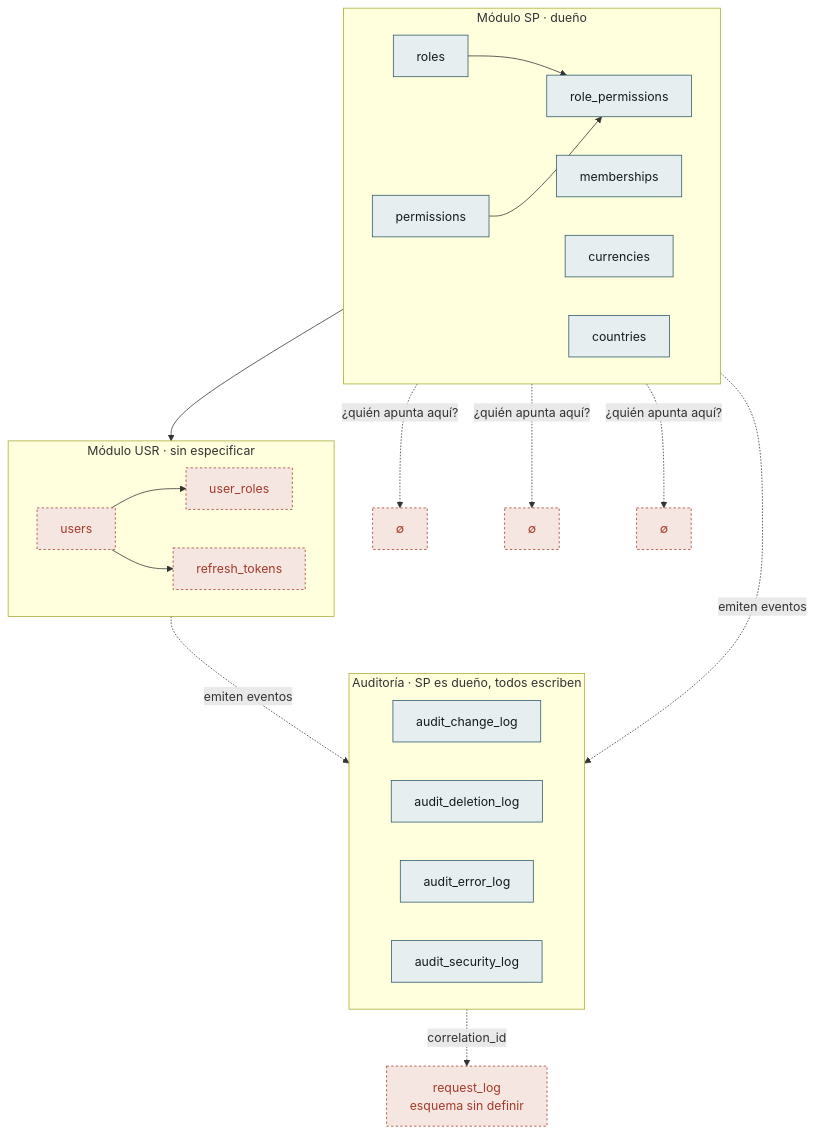
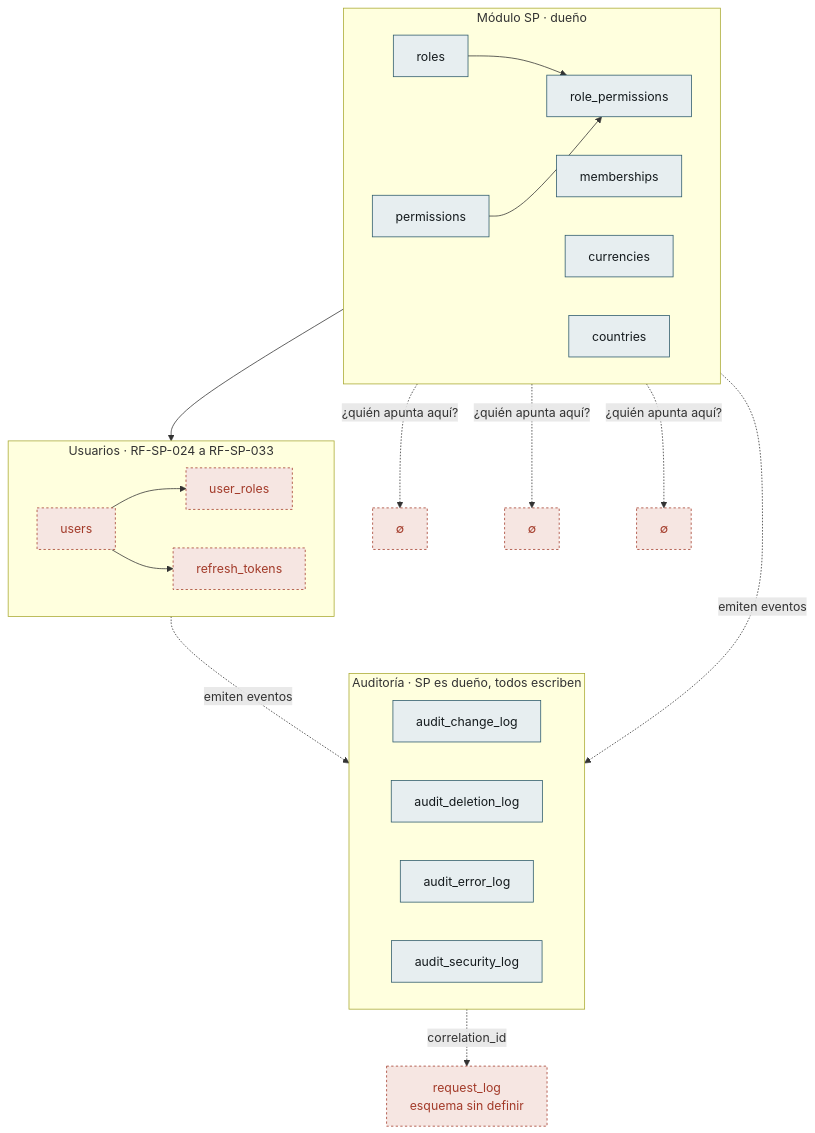
One commit to NexusPro-Dev/backend changed the fourth of 4 diagrams in docs/modelo-datos.md. Above: the diagram before and after it, drawn with Mermaid. The commit also changed other lines of this file and 77 other files, not shown here.

````diff
--- a/docs/modelo-datos.md
+++ b/docs/modelo-datos.md
@@ -240,47 +249,47 @@
 ```mermaid
 flowchart TB
     subgraph SP["Módulo SP · dueño"]
         direction LR
         A1["roles"]
         A2["permissions"]
         A3["role_permissions"]
         A4["memberships"]
         A5["currencies"]
         A6["countries"]
     end
 
     subgraph AUD["Auditoría · SP es dueño, todos escriben"]
         direction LR
         B1["audit_change_log"]
         B2["audit_deletion_log"]
         B3["audit_error_log"]
         B4["audit_security_log"]
     end
 
-    subgraph USR["Módulo USR · sin especificar"]
+    subgraph USRS["Usuarios · RF-SP-024 a RF-SP-033"]
         direction LR
         C1["users"]
         C2["user_roles"]
         C3["refresh_tokens"]
     end
 
     OBS["request_log<br/>esquema sin definir"]
 
     A1 --> A3
     A2 --> A3
     C1 --> C2
     A1 --> C2
     C1 --> C3
     SP -.->|"emiten eventos"| AUD
-    USR -.->|"emiten eventos"| AUD
+    USRS -.->|"emiten eventos"| AUD
     AUD -.->|"correlation_id"| OBS
 
     A4 -.->|"¿quién apunta aquí?"| Q1["∅"]
     A5 -.->|"¿quién apunta aquí?"| Q2["∅"]
     A6 -.->|"¿quién apunta aquí?"| Q3["∅"]
 
     classDef sp fill:#e7eef0,stroke:#2d5a6b,color:#151b1e
     classDef pend fill:#f6e6e2,stroke:#a33b2a,stroke-dasharray:3 3,color:#a33b2a
     class A1,A2,A3,A4,A5,A6,B1,B2,B3,B4 sp
     class Q1,Q2,Q3,OBS,C1,C2,C3 pend
 ```
````
